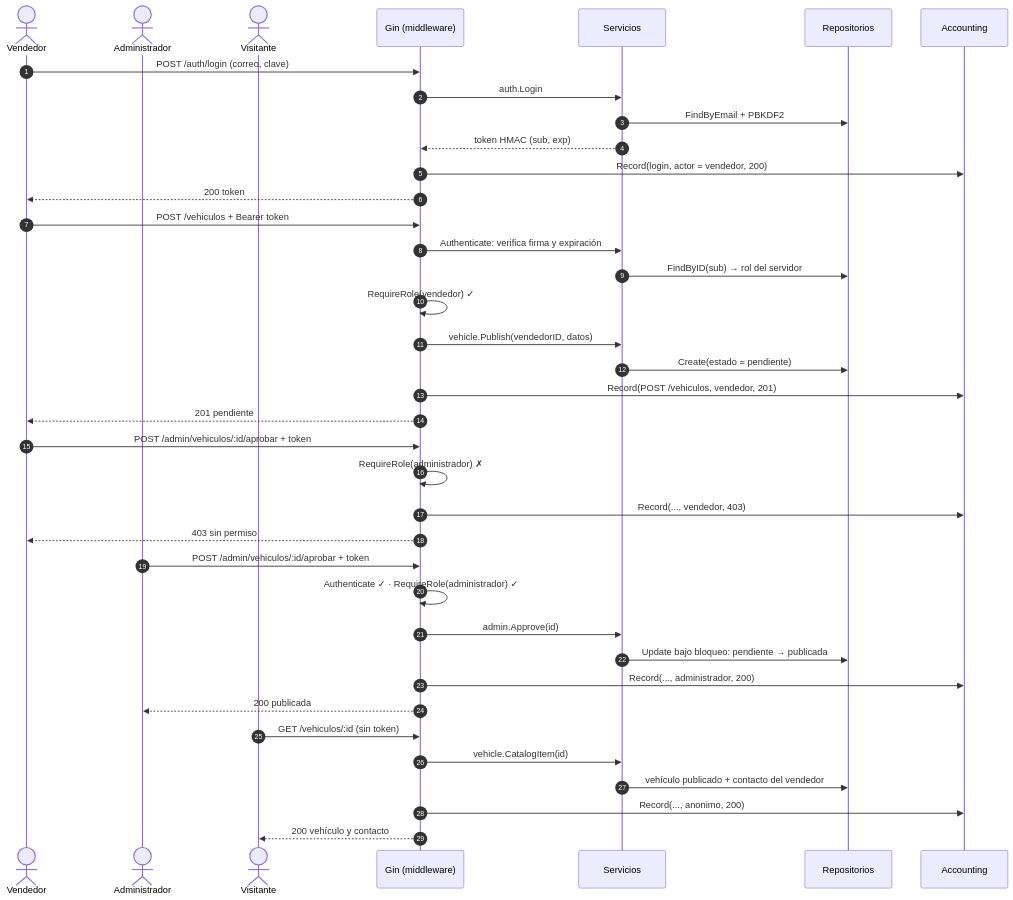
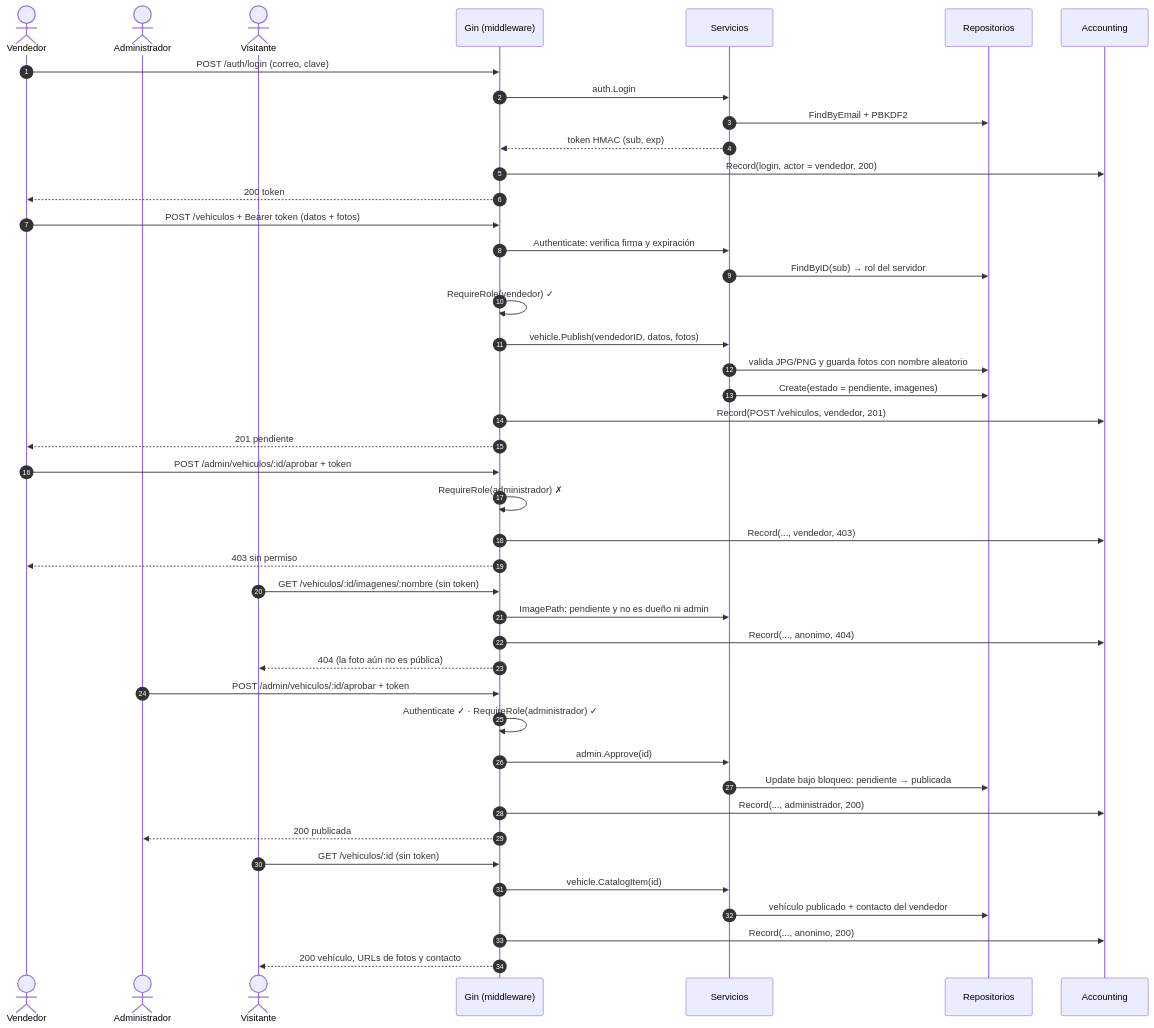
Before and after one commit to HOWARDDUVANSANCHEZGARCIA/Taller-AAA: the diagram in docs/diagramas/comportamiento.mmd, drawn with Mermaid. The commit also changed 6 other files, not shown here.

First line of the commit message:
docs: fotos en guías, rutas y diagramas

```diff
--- a/docs/diagramas/comportamiento.mmd
+++ b/docs/diagramas/comportamiento.mmd
@@ -1,43 +1,49 @@
 sequenceDiagram
     autonumber
     actor V as Vendedor
     actor A as Administrador
     actor P as Visitante
     participant G as Gin (middleware)
     participant S as Servicios
     participant R as Repositorios
     participant L as Accounting
 
     V->>G: POST /auth/login (correo, clave)
     G->>S: auth.Login
     S->>R: FindByEmail + PBKDF2
     S-->>G: token HMAC (sub, exp)
     G->>L: Record(login, actor = vendedor, 200)
     G-->>V: 200 token
 
-    V->>G: POST /vehiculos + Bearer token
+    V->>G: POST /vehiculos + Bearer token (datos + fotos)
     G->>S: Authenticate: verifica firma y expiración
     S->>R: FindByID(sub) → rol del servidor
     G->>G: RequireRole(vendedor) ✓
-    G->>S: vehicle.Publish(vendedorID, datos)
-    S->>R: Create(estado = pendiente)
+    G->>S: vehicle.Publish(vendedorID, datos, fotos)
+    S->>R: valida JPG/PNG y guarda fotos con nombre aleatorio
+    S->>R: Create(estado = pendiente, imagenes)
     G->>L: Record(POST /vehiculos, vendedor, 201)
     G-->>V: 201 pendiente
 
     V->>G: POST /admin/vehiculos/:id/aprobar + token
     G->>G: RequireRole(administrador) ✗
     G->>L: Record(..., vendedor, 403)
     G-->>V: 403 sin permiso
+
+    P->>G: GET /vehiculos/:id/imagenes/:nombre (sin token)
+    G->>S: ImagePath: pendiente y no es dueño ni admin
+    G->>L: Record(..., anonimo, 404)
+    G-->>P: 404 (la foto aún no es pública)
 
     A->>G: POST /admin/vehiculos/:id/aprobar + token
     G->>G: Authenticate ✓ · RequireRole(administrador) ✓
     G->>S: admin.Approve(id)
     S->>R: Update bajo bloqueo: pendiente → publicada
     G->>L: Record(..., administrador, 200)
     G-->>A: 200 publicada
 
     P->>G: GET /vehiculos/:id (sin token)
     G->>S: vehicle.CatalogItem(id)
     S->>R: vehículo publicado + contacto del vendedor
     G->>L: Record(..., anonimo, 200)
-    G-->>P: 200 vehículo y contacto
+    G-->>P: 200 vehículo, URLs de fotos y contacto
```
